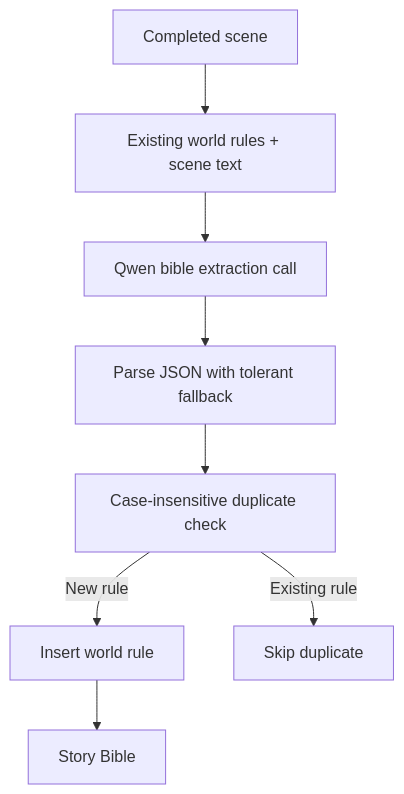
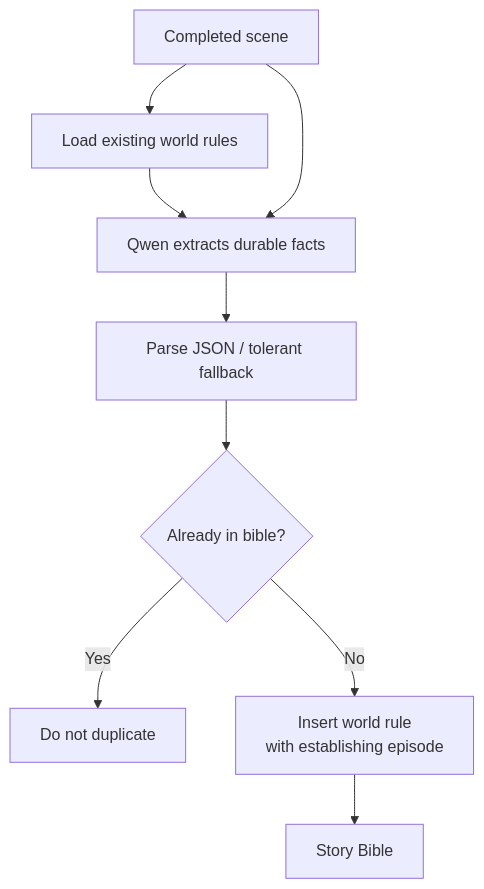
The third of 7 diagrams in README.md (Talha-Tahir2001/loom), drawn with Mermaid before and after one commit. The commit also changed other lines of this file, not shown here.

````diff
--- a/README.md
+++ b/README.md
@@ -194,10 +255,11 @@
 ```mermaid
 flowchart TD
-    scene[Completed scene] --> context[Existing world rules + scene text]
-    context --> model[Qwen bible extraction call]
-    model --> parse[Parse JSON with tolerant fallback]
-    parse --> dedupe[Case-insensitive duplicate check]
-    dedupe -->|New rule| insert[Insert world rule]
-    dedupe -->|Existing rule| skip[Skip duplicate]
-    insert --> bible[Story Bible]
+    Scene["Completed scene"] --> Existing["Load existing world rules"]
+    Existing --> Extract["Qwen extracts durable facts"]
+    Scene --> Extract
+    Extract --> Parse["Parse JSON / tolerant fallback"]
+    Parse --> Compare{"Already in bible?"}
+    Compare -->|Yes| Ignore["Do not duplicate"]
+    Compare -->|No| Save["Insert world rule<br/>with establishing episode"]
+    Save --> Bible["Story Bible"]
 ```
````
